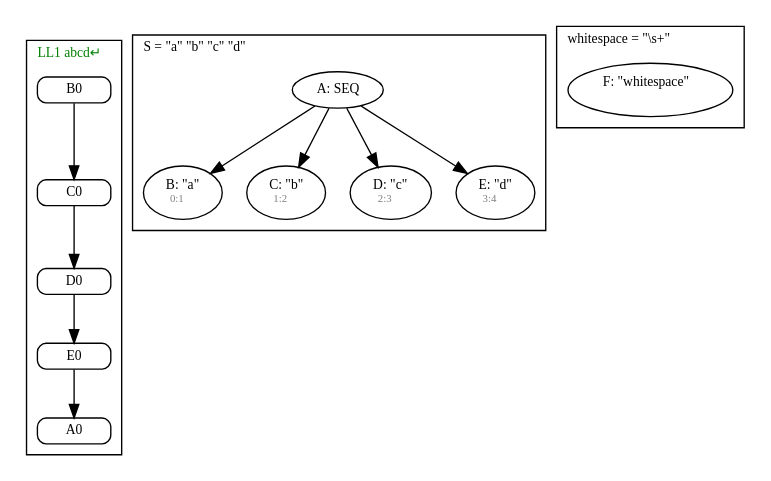
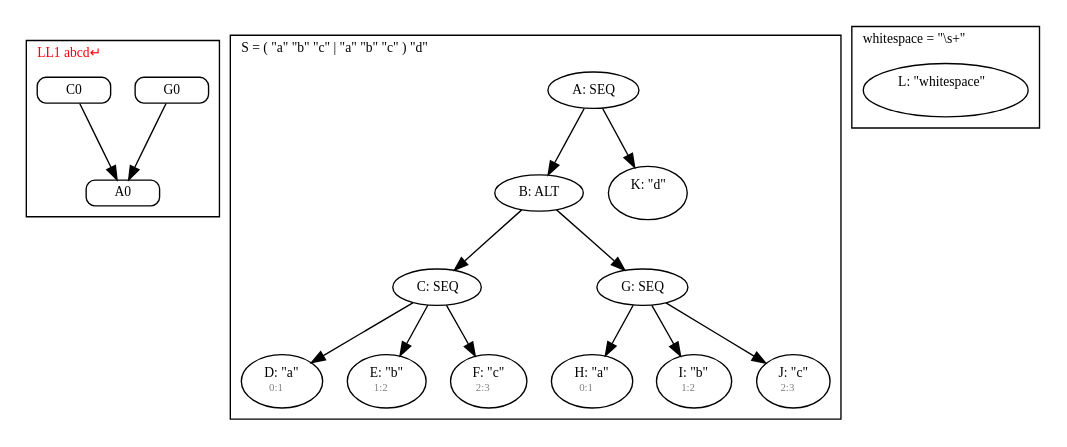
One commit to JanWillemBrands/AoC2021 changed the diagram in diagram.gv. Above: the diagram before and after it, drawn with Graphviz. The commit also changed 6 other files, not shown here.

```diff
--- a/diagram.gv
+++ b/diagram.gv
@@ -1,39 +1,49 @@
 digraph G {
   fontname = Menlo
   fontsize = 10
   node [fontname = Menlo, fontsize = 10]
   edge [fontname = Menlo, fontsize = 10]
   graph [ordering = out]
   subgraph GSS {
     cluster = true
-    label = <LL1 abcd↵> fontcolor = green
+    label = <LL1 abcd↵> fontcolor = red
     labeljust = l
     node [shape = box, style = rounded, height = 0]
-    "E0" -> "A0"
-    "D0" -> "E0"
-    "C0" -> "D0"
-    "B0" -> "C0"
+    "G0" -> "A0"
+    "C0" -> "A0"
   }
   subgraph S {
     cluster = true
-    label = <S = "a" "b" "c" "d">
+    label = <S = ( "a" "b" "c" | "a" "b" "c" ) "d">
     labeljust = l
     node [shape = ellipse, height = 0]
     A [label = <A: SEQ>]
     A -> B
-    B [label = <B: "a"<br/><font color="gray" point-size="8.0"> 0:1 </font> >]
-    A -> C
-    C [label = <C: "b"<br/><font color="gray" point-size="8.0"> 1:2 </font> >]
-    A -> D
-    D [label = <D: "c"<br/><font color="gray" point-size="8.0"> 2:3 </font> >]
-    A -> E
-    E [label = <E: "d"<br/><font color="gray" point-size="8.0"> 3:4 </font> >]
+    B [label = <B: ALT>]
+    B -> C
+    C [label = <C: SEQ>]
+    C -> D
+    D [label = <D: "a"<br/><font color="gray" point-size="8.0"> 0:1 </font> >]
+    C -> E
+    E [label = <E: "b"<br/><font color="gray" point-size="8.0"> 1:2 </font> >]
+    C -> F
+    F [label = <F: "c"<br/><font color="gray" point-size="8.0"> 2:3 </font> >]
+    B -> G
+    G [label = <G: SEQ>]
+    G -> H
+    H [label = <H: "a"<br/><font color="gray" point-size="8.0"> 0:1 </font> >]
+    G -> I
+    I [label = <I: "b"<br/><font color="gray" point-size="8.0"> 1:2 </font> >]
+    G -> J
+    J [label = <J: "c"<br/><font color="gray" point-size="8.0"> 2:3 </font> >]
+    A -> K
+    K [label = <K: "d"<br/><font color="gray" point-size="8.0">  </font> >]
   }
   subgraph whitespace {
     cluster = true
     label = <whitespace = "\s+">
     labeljust = l
     node [shape = ellipse, height = 0]
-    F [label = <F: "whitespace"<br/><font color="gray" point-size="8.0">  </font> >]
+    L [label = <L: "whitespace"<br/><font color="gray" point-size="8.0">  </font> >]
   }
 }
```
